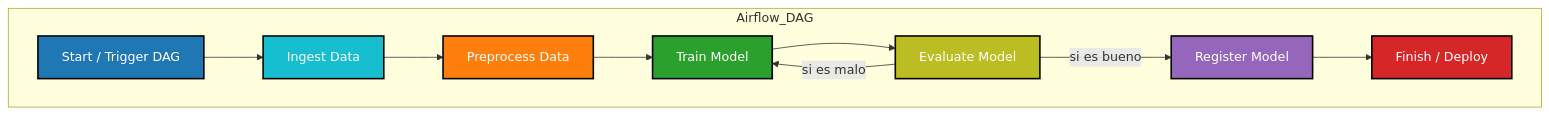
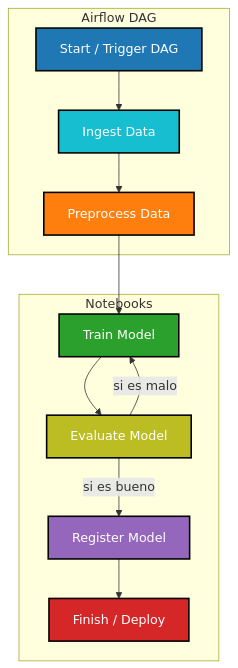
One commit to gjmv/CEIA_2025_B3_MLOps1_TP changed the third of 3 diagrams in README.md. Above: the diagram before and after it, drawn with Mermaid. The commit also changed other lines of this file, not shown here.

````diff
--- a/README.md
+++ b/README.md
@@ -167,23 +171,28 @@
 ```mermaid
 flowchart TD
-    subgraph Airflow_DAG
+    %% --- DAG de Airflow ---
+    subgraph Airflow_DAG["Airflow DAG"]
         Start["Start / Trigger DAG"] --> Ingest["Ingest Data"]
         Ingest --> Preprocess["Preprocess Data"]
+    end
+
+    %% --- Proceso en Notebooks ---
+    subgraph Notebooks["Notebooks"]
         Preprocess --> Train["Train Model"]
         Train --> Evaluate["Evaluate Model"]
 
         Evaluate --> |si es bueno| Register_Model["Register Model"]
         Evaluate --> |si es malo| Train
 
         Register_Model --> End["Finish / Deploy"]
     end
 
     %% Estilos
     style Start fill:#1f77b4,stroke:#000,stroke-width:2px,color:#fff
     style Ingest fill:#17becf,stroke:#000,stroke-width:2px,color:#fff
     style Preprocess fill:#ff7f0e,stroke:#000,stroke-width:2px,color:#fff
     style Train fill:#2ca02c,stroke:#000,stroke-width:2px,color:#fff
     style Evaluate fill:#bcbd22,stroke:#000,stroke-width:2px,color:#fff
     style Register_Model fill:#9467bd,stroke:#000,stroke-width:2px,color:#fff
     style End fill:#d62728,stroke:#000,stroke-width:2px,color:#fff
 ```
````
